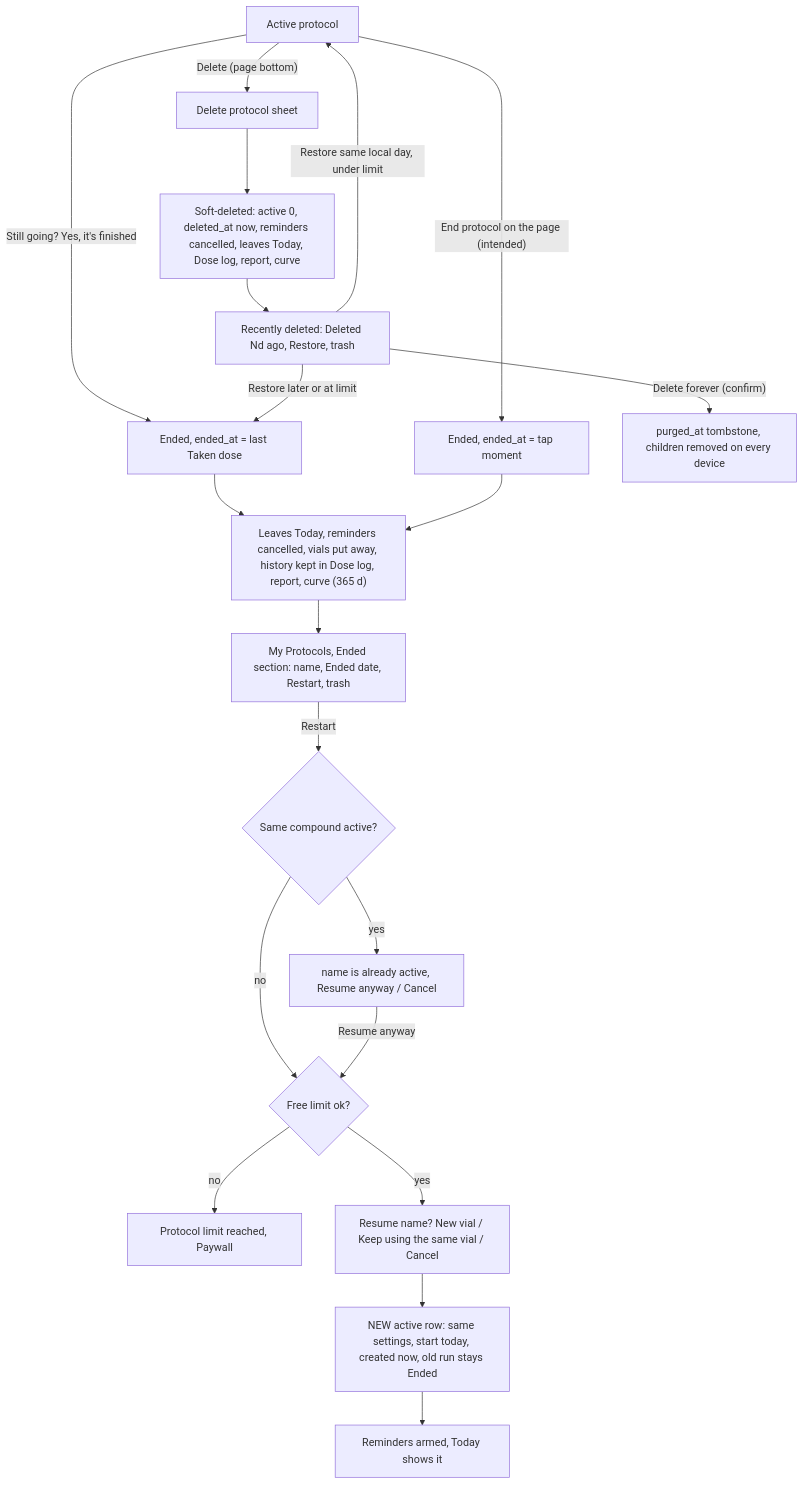
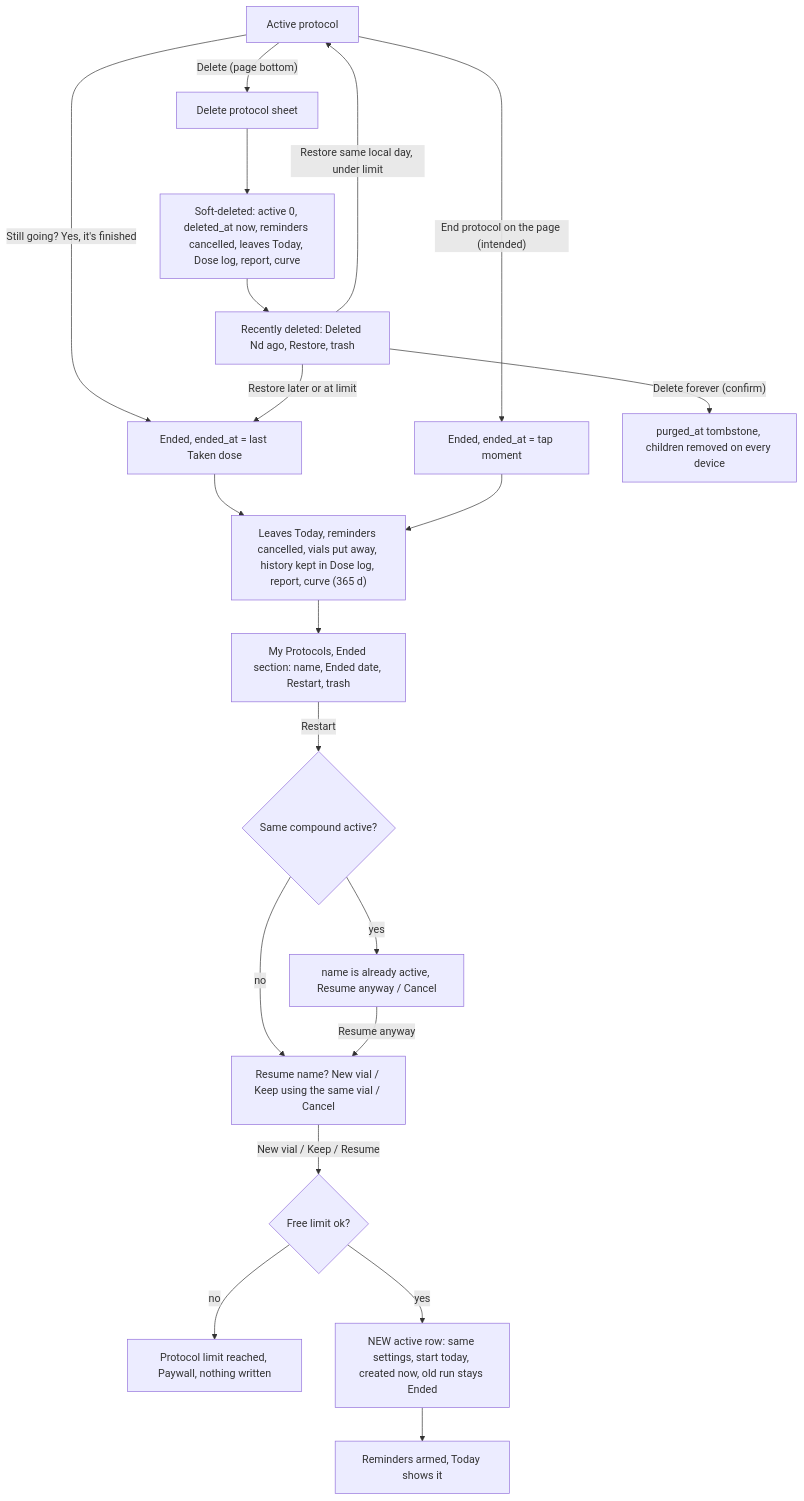
One commit to evandroviskis/dosetrace changed the first of 3 diagrams in docs/product/flows/05-protocol-end-restart-delete.md. Above: the diagram before and after it, drawn with Mermaid. The commit also changed other lines of this file and 28 other files, not shown here.

Commit message:
docs/product: verification round 1 corrections applied to PRD, TRD, dossiers, flows, registers and the Portuguese questions (21 OPEN, 54 AD, 65 DL, 218 DV); all 105 diagrams parse

````diff
--- a/docs/product/flows/05-protocol-end-restart-delete.md
+++ b/docs/product/flows/05-protocol-end-restart-delete.md
@@ -49,22 +49,22 @@
 ```mermaid
 flowchart TD
   A["Active protocol"] -->|"Still going? Yes, it's finished"| B["Ended, ended_at = last Taken dose"]
   A -->|"End protocol on the page (intended)"| B2["Ended, ended_at = tap moment"]
   B --> C["Leaves Today, reminders cancelled, vials put away, history kept in Dose log, report, curve (365 d)"]
   B2 --> C
   C --> D["My Protocols, Ended section: name, Ended date, Restart, trash"]
   D -->|Restart| E{"Same compound active?"}
   E -->|yes| F["name is already active, Resume anyway / Cancel"]
-  E -->|no| G{"Free limit ok?"}
-  F -->|Resume anyway| G
-  G -->|no| H["Protocol limit reached, Paywall"]
-  G -->|yes| I["Resume name? New vial / Keep using the same vial / Cancel"]
-  I --> J["NEW active row: same settings, start today, created now, old run stays Ended"]
+  E -->|no| I["Resume name? New vial / Keep using the same vial / Cancel"]
+  F -->|Resume anyway| I
+  I -->|"New vial / Keep / Resume"| G{"Free limit ok?"}
+  G -->|no| H["Protocol limit reached, Paywall, nothing written"]
+  G -->|yes| J["NEW active row: same settings, start today, created now, old run stays Ended"]
   J --> K["Reminders armed, Today shows it"]
   A -->|"Delete (page bottom)"| L["Delete protocol sheet"]
   L --> M["Soft-deleted: active 0, deleted_at now, reminders cancelled, leaves Today, Dose log, report, curve"]
   M --> N["Recently deleted: Deleted Nd ago, Restore, trash"]
   N -->|Restore same local day, under limit| A
   N -->|Restore later or at limit| B
   N -->|"Delete forever (confirm)"| O["purged_at tombstone, children removed on every device"]
 ```
````
